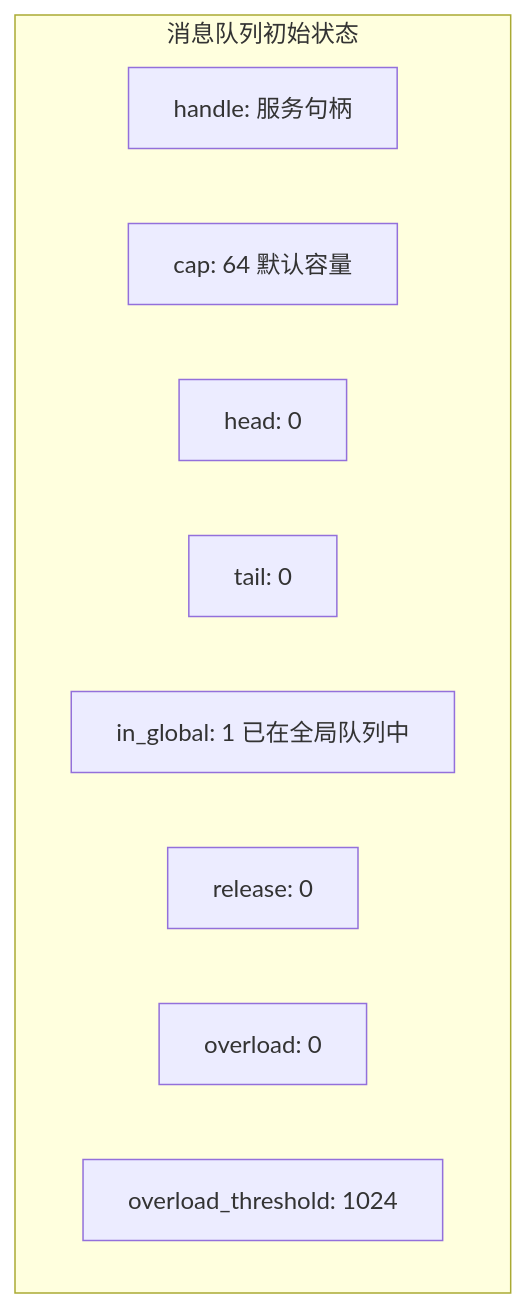
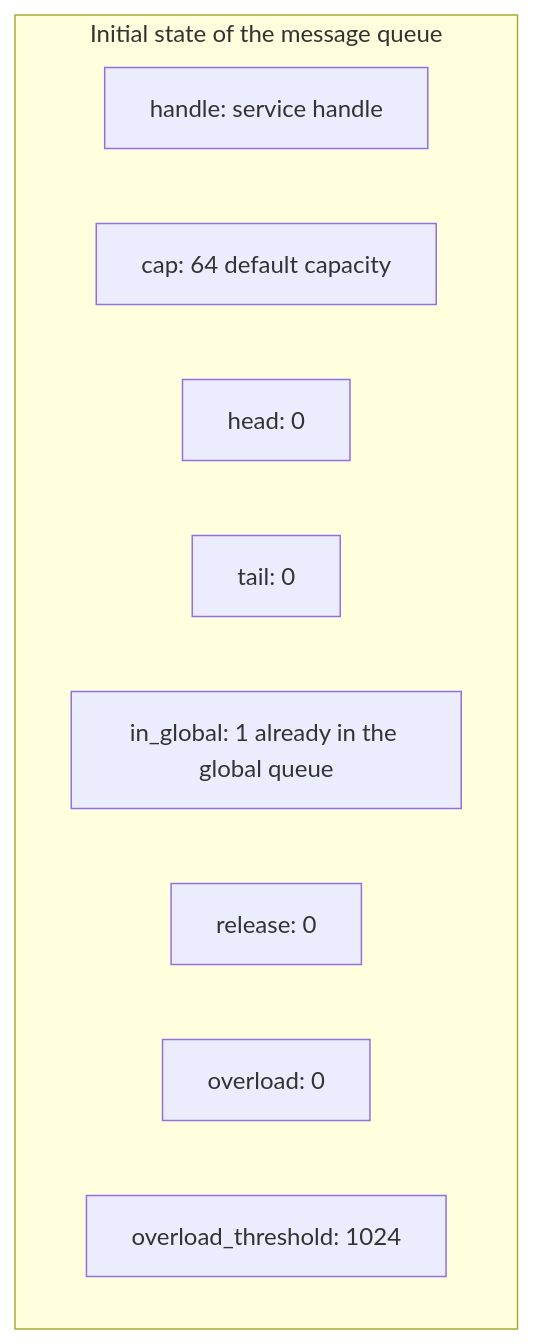
The first of 7 diagrams in docs/analysis/skynet-mq.md (cuihairu/skynet), drawn with Mermaid before and after one commit. The commit also changed other lines of this file and 86 other files, not shown here.

````diff
--- a/docs/analysis/skynet-mq.md
+++ b/docs/analysis/skynet-mq.md
@@ -96,13 +96,13 @@
 ```mermaid
 graph TB
-    subgraph 消息队列初始状态
-        A[handle: 服务句柄]
-        B[cap: 64 默认容量]
+    subgraph Initial state of the message queue
+        A[handle: service handle]
+        B[cap: 64 default capacity]
         C[head: 0]
         D[tail: 0]
-        E[in_global: 1 已在全局队列中]
+        E[in_global: 1 already in the global queue]
         F[release: 0]
         G[overload: 0]
         H[overload_threshold: 1024]
     end
 ```
````
